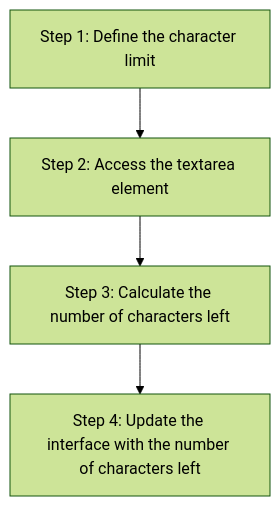
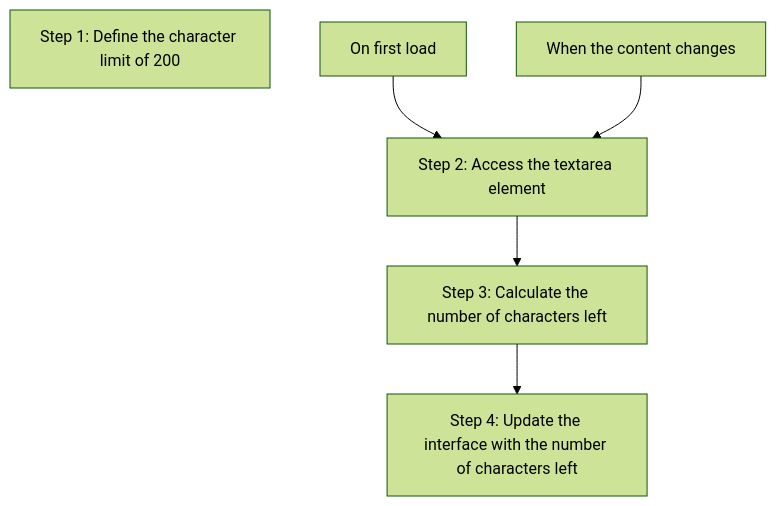
One commit to CodeYourFuture/curriculum changed the first of 2 diagrams in common-content/en/module/js2/events/index.md. Above: the diagram before and after it, drawn with Mermaid (forest theme). The commit also changed other lines of this file and 11 other files, not shown here.

````diff
--- a/common-content/en/module/js2/events/index.md
+++ b/common-content/en/module/js2/events/index.md
@@ -19,4 +19,9 @@
 ```mermaid
 flowchart TD
-A[Step 1: Define the character limit] --> B[Step 2: Access the textarea element] --> C[Step 3: Calculate the number of characters left] --> D[Step 4: Update the interface with the number of characters left]
+A[Step 1: Define the character limit of 200]
+Initial[On first load] --> B
+Event[When the content changes] --> B
+B[Step 2: Access the textarea element] --> C[Step 3: Calculate the number of characters left] --> D[Step 4: Update the interface with the number of characters left]
+
+classDef hidden display: none;
 ```
````
